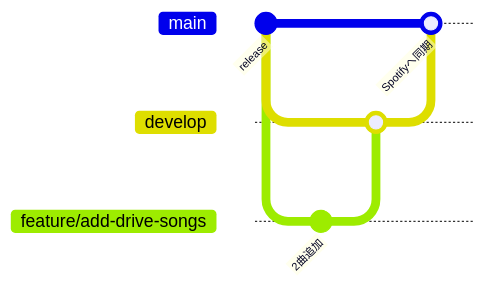
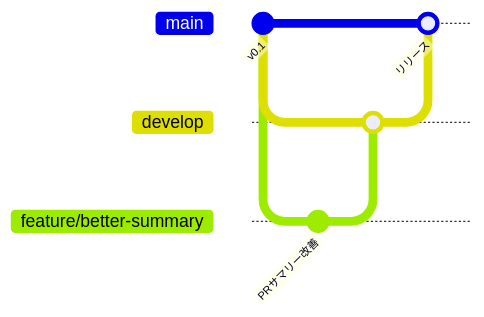
The diagram in CONTRIBUTING.ja.md (keito118/spotify-playlist-as-code), drawn with Mermaid before and after one commit. The commit also changed other lines of this file and 5 other files, not shown here.

````diff
--- a/CONTRIBUTING.ja.md
+++ b/CONTRIBUTING.ja.md
@@ -7,13 +9,13 @@
 ```mermaid
 gitGraph
-  commit id: "release"
+  commit id: "v0.1"
   branch develop
   checkout develop
-  branch feature/add-drive-songs
-  checkout feature/add-drive-songs
-  commit id: "2曲追加"
+  branch feature/better-summary
+  checkout feature/better-summary
+  commit id: "PRサマリー改善"
   checkout develop
-  merge feature/add-drive-songs
+  merge feature/better-summary
   checkout main
-  merge develop id: "Spotifyへ同期"
+  merge develop id: "リリース"
 ```
````
